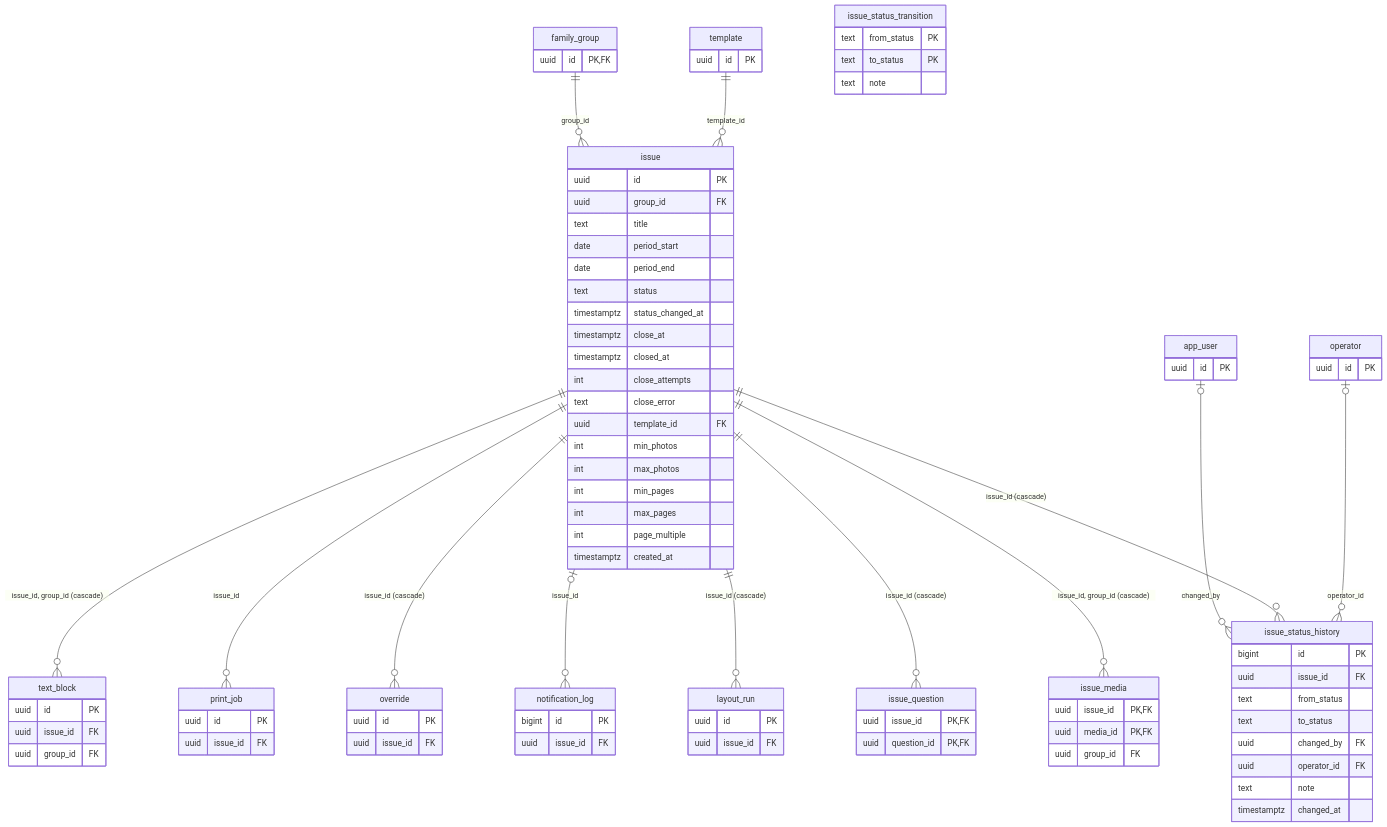
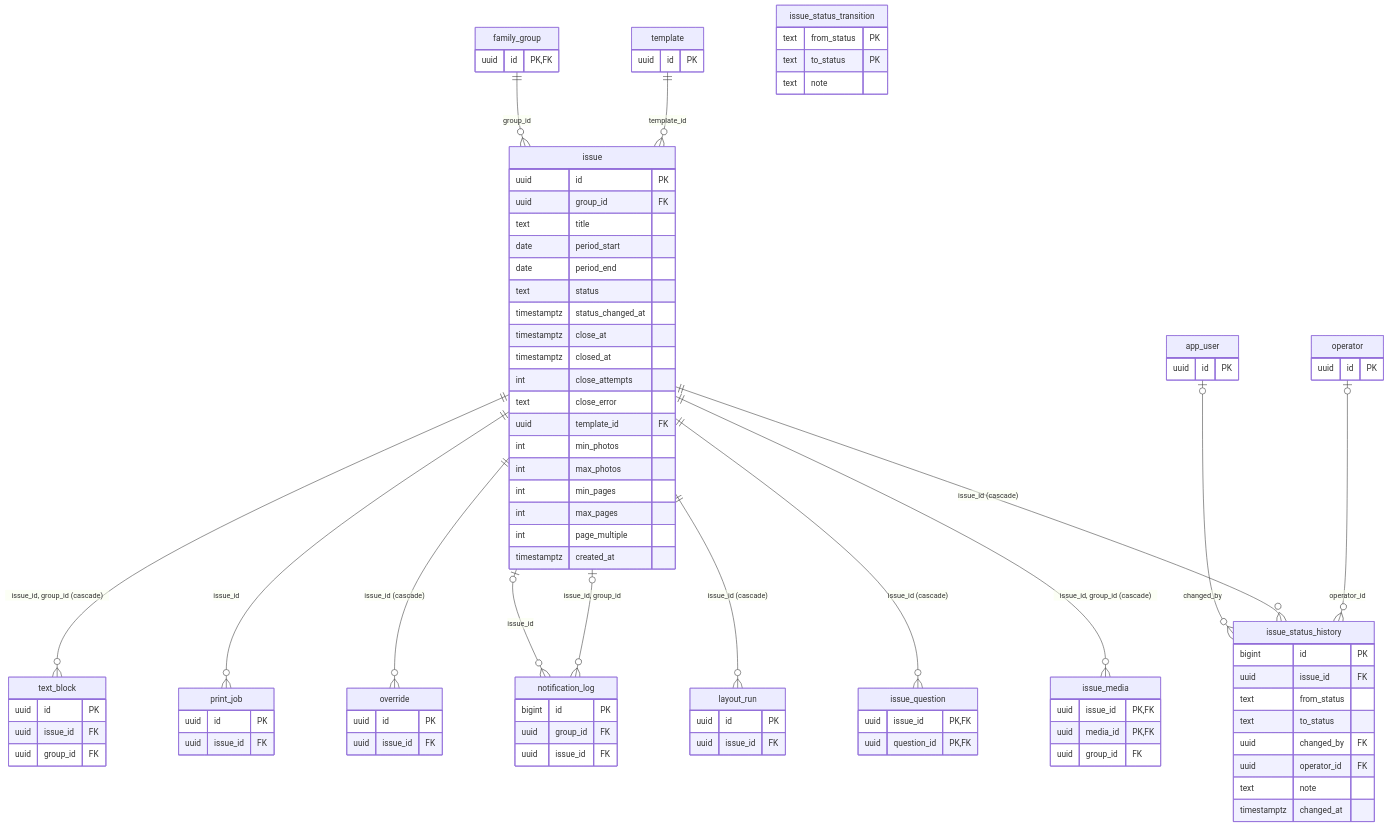
The sixth of 11 diagrams in docs/erd.md (js1211-code/bogomagazine), drawn with Mermaid before and after one commit. The commit also changed other lines of this file and 13 other files, not shown here.

```diff
--- a/docs/erd.md
+++ b/docs/erd.md
@@ -427,6 +434,7 @@
     "operator" |o--o{ "issue_status_history" : "operator_id"
     "issue" ||--o{ "layout_run" : "issue_id (cascade)"
     "issue" |o--o{ "notification_log" : "issue_id"
+    "issue" |o--o{ "notification_log" : "issue_id, group_id"
     "issue" ||--o{ "override" : "issue_id (cascade)"
     "issue" ||--o{ "print_job" : "issue_id"
     "issue" ||--o{ "text_block" : "issue_id, group_id (cascade)"
@@ -486,6 +494,7 @@
     }
     "notification_log" {
         bigint id PK
+        uuid group_id FK
         uuid issue_id FK
     }
     "operator" {
```
